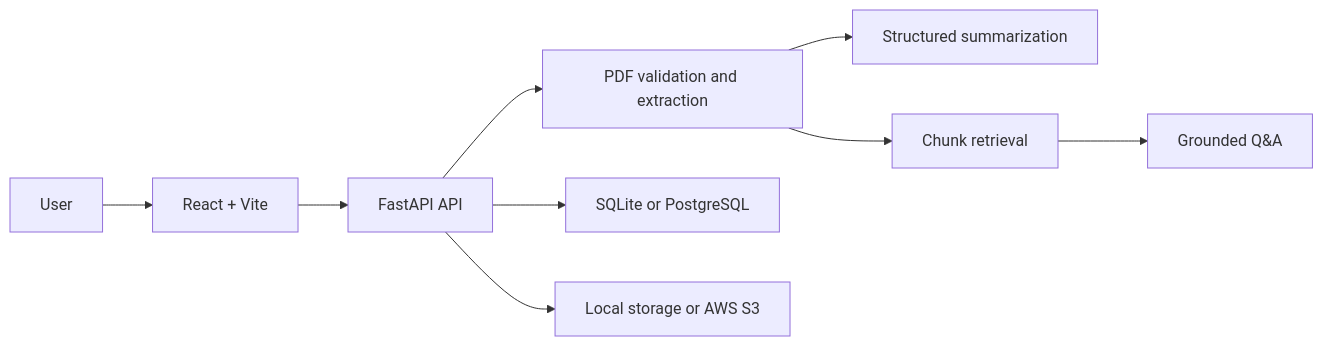
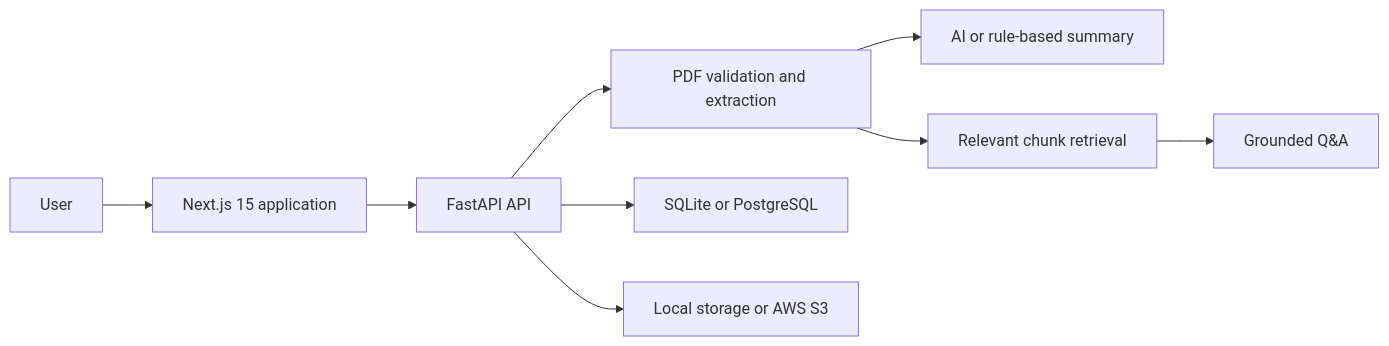
The diagram in README.md (shivasaibatharaju-data/ai-health-vault), drawn with Mermaid before and after one commit. The commit also changed other lines of this file and 69 other files, not shown here.

````diff
--- a/README.md
+++ b/README.md
@@ -51,11 +62,11 @@
 ```mermaid
 flowchart LR
-    U["User"] --> F["React + Vite"]
-    F --> API["FastAPI API"]
+    U["User"] --> WEB["Next.js 15 application"]
+    WEB --> API["FastAPI API"]
     API --> PDF["PDF validation and extraction"]
-    PDF --> SUM["Structured summarization"]
-    PDF --> RET["Chunk retrieval"]
+    PDF --> SUM["AI or rule-based summary"]
+    PDF --> RET["Relevant chunk retrieval"]
     RET --> QA["Grounded Q&A"]
     API --> DB["SQLite or PostgreSQL"]
     API --> S3["Local storage or AWS S3"]
 ```
````
